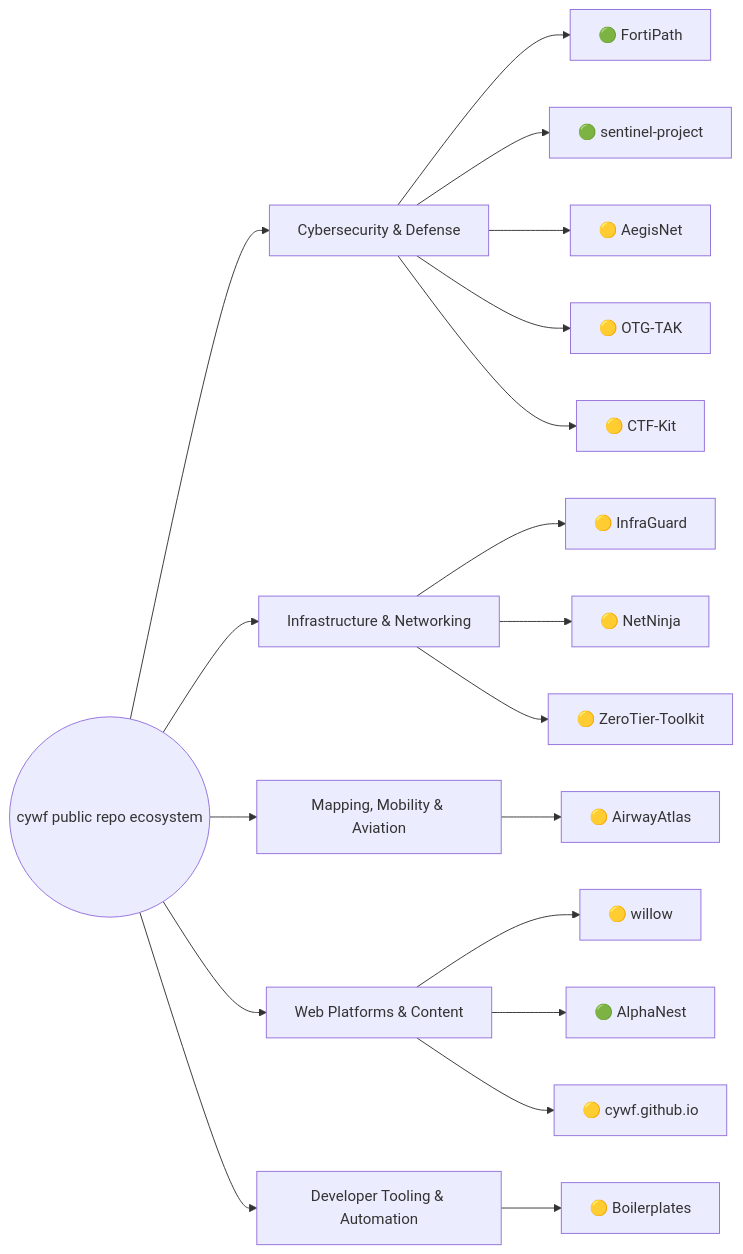
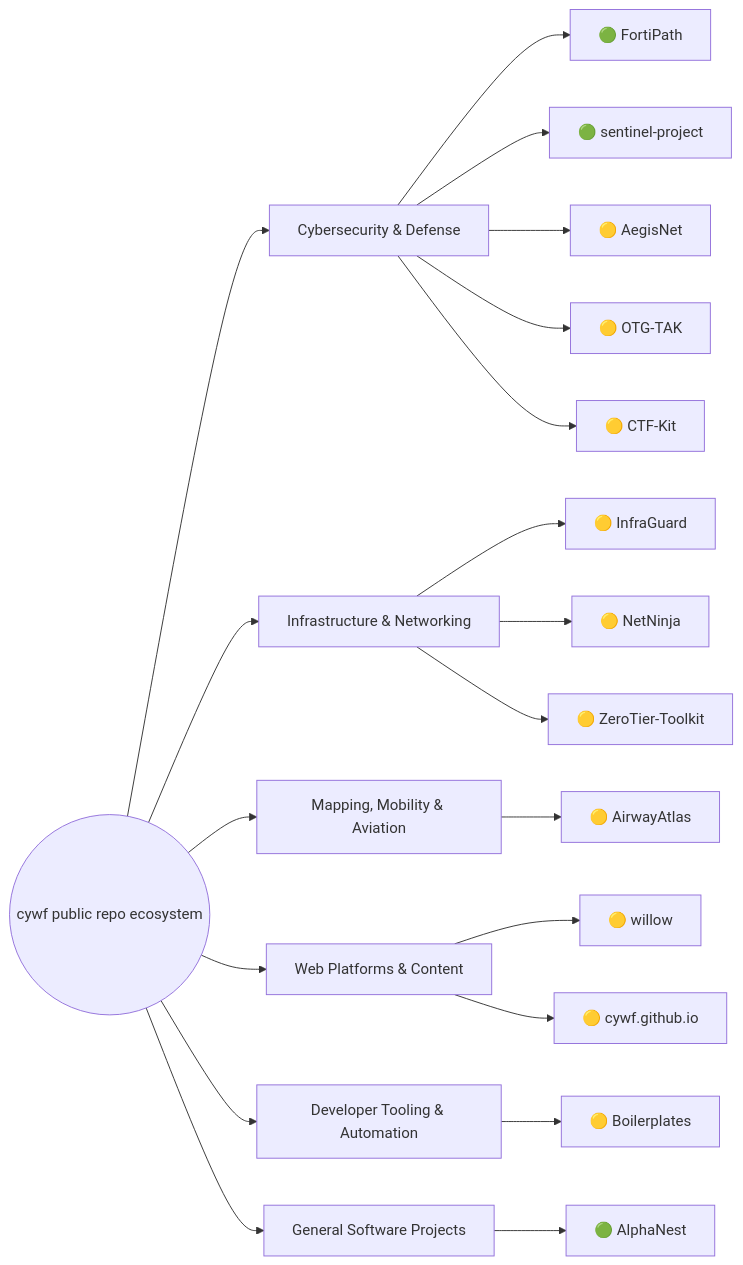
One commit to cywf/cywf changed the diagram in README.md. Above: the diagram before and after it, drawn with Mermaid. The commit also changed other lines of this file, not shown here.

````diff
--- a/README.md
+++ b/README.md
@@ -28,22 +28,23 @@
 ```mermaid
 flowchart LR
   root((cywf public repo ecosystem))
   root --> CybersecurityDefense[Cybersecurity & Defense]
   CybersecurityDefense --> FortiPath[🟢 FortiPath]
   CybersecurityDefense --> sentinel-project[🟢 sentinel-project]
   CybersecurityDefense --> AegisNet[🟡 AegisNet]
   CybersecurityDefense --> OTG-TAK[🟡 OTG-TAK]
   CybersecurityDefense --> CTF-Kit[🟡 CTF-Kit]
   root --> InfrastructureNetworking[Infrastructure & Networking]
   InfrastructureNetworking --> InfraGuard[🟡 InfraGuard]
   InfrastructureNetworking --> NetNinja[🟡 NetNinja]
   InfrastructureNetworking --> ZeroTier-Toolkit[🟡 ZeroTier-Toolkit]
   root --> MappingMobilityAviation[Mapping, Mobility & Aviation]
   MappingMobilityAviation --> AirwayAtlas[🟡 AirwayAtlas]
   root --> WebPlatformsContent[Web Platforms & Content]
   WebPlatformsContent --> willow[🟡 willow]
-  WebPlatformsContent --> AlphaNest[🟢 AlphaNest]
   WebPlatformsContent --> cywf.github.io[🟡 cywf.github.io]
   root --> DeveloperToolingAutomation[Developer Tooling & Automation]
   DeveloperToolingAutomation --> Boilerplates[🟡 Boilerplates]
+  root --> GeneralSoftwareProjects[General Software Projects]
+  GeneralSoftwareProjects --> AlphaNest[🟢 AlphaNest]
 ```
````
